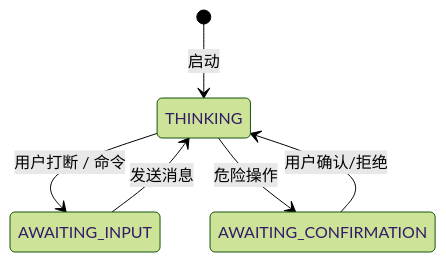
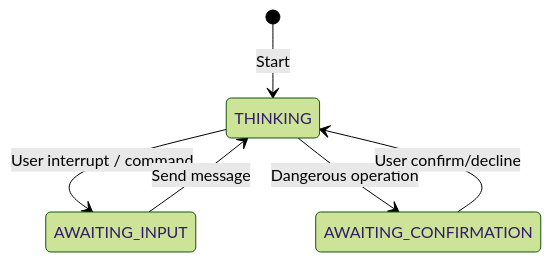
Before and after one commit to 1486853830/CogitoAgent: the sixth of 6 diagrams in README.md, drawn with Mermaid (forest theme). The commit also changed other lines of this file and 2 other files, not shown here.

````diff
--- a/README.md
+++ b/README.md
@@ -1682,8 +1682,8 @@
 ```mermaid
 stateDiagram-v2
-    [*] --> THINKING: 启动
-    THINKING --> AWAITING_INPUT: 用户打断 / 命令
-    AWAITING_INPUT --> THINKING: 发送消息
-    THINKING --> AWAITING_CONFIRMATION: 危险操作
-    AWAITING_CONFIRMATION --> THINKING: 用户确认/拒绝
+    [*] --> THINKING: Start
+    THINKING --> AWAITING_INPUT: User interrupt / command
+    AWAITING_INPUT --> THINKING: Send message
+    THINKING --> AWAITING_CONFIRMATION: Dangerous operation
+    AWAITING_CONFIRMATION --> THINKING: User confirm/decline
 ```
````
